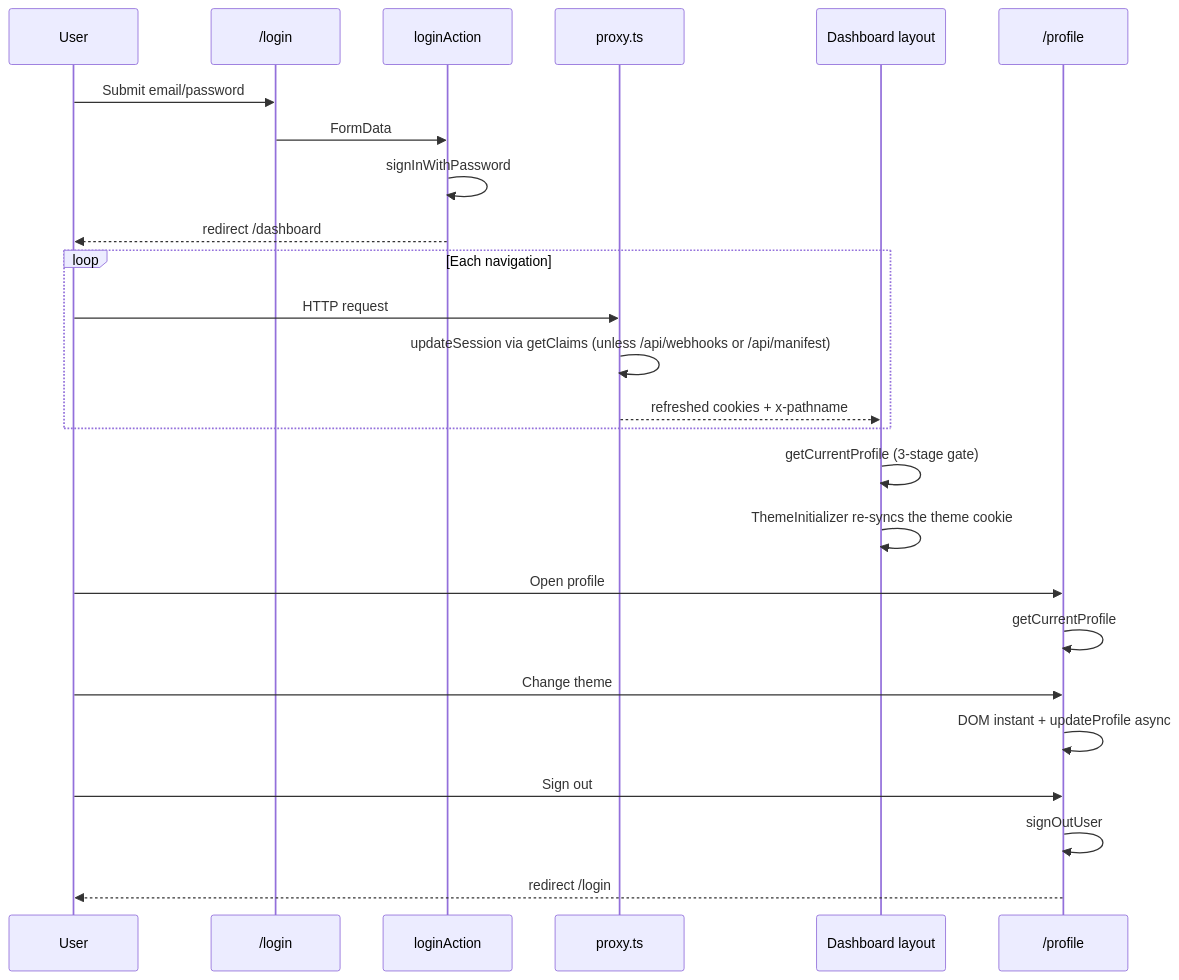
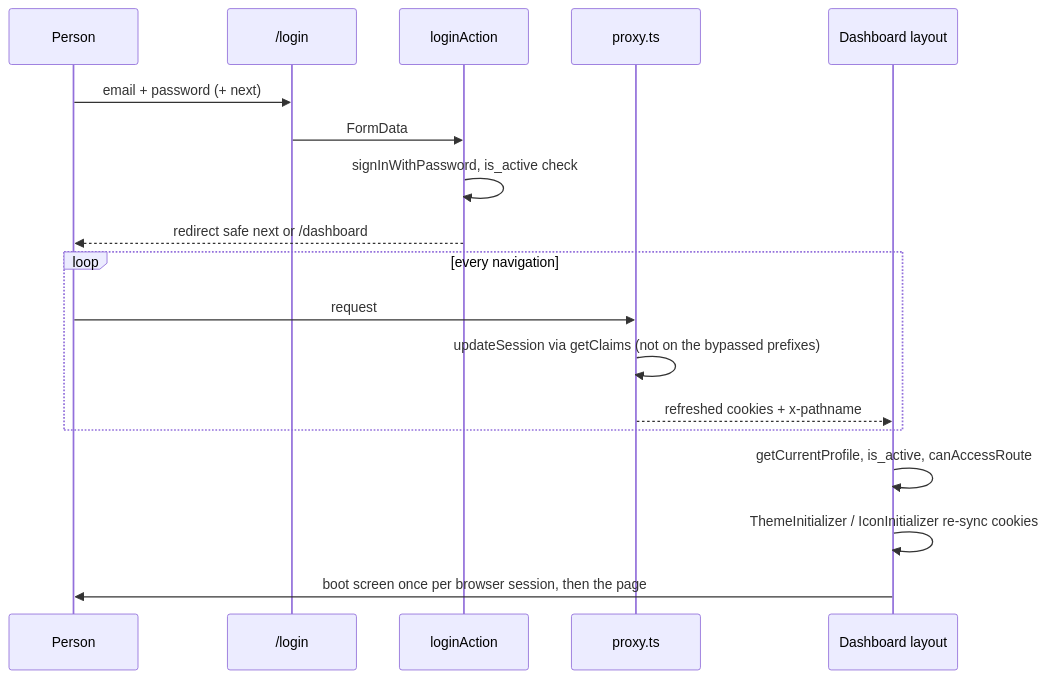
Before and after one commit to Indulge-Builder/serene: the diagram in docs/pages/auth.md, drawn with Mermaid. The commit also changed other lines of this file and 86 other files, not shown here.

````diff
--- a/docs/pages/auth.md
+++ b/docs/pages/auth.md
@@ -412,28 +267,20 @@
 ```mermaid
 sequenceDiagram
-  participant U as User
+  participant U as Person
   participant L as /login
   participant A as loginAction
   participant P as proxy.ts
   participant D as Dashboard layout
-  participant Pr as /profile
-
-  U->>L: Submit email/password
+  U->>L: email + password (+ next)
   L->>A: FormData
-  A->>A: signInWithPassword
-  A-->>U: redirect /dashboard
-  loop Each navigation
-    U->>P: HTTP request
-    P->>P: updateSession via getClaims (unless /api/webhooks or /api/manifest)
+  A->>A: signInWithPassword, is_active check
+  A-->>U: redirect safe next or /dashboard
+  loop every navigation
+    U->>P: request
+    P->>P: updateSession via getClaims (not on the bypassed prefixes)
     P-->>D: refreshed cookies + x-pathname
   end
-  D->>D: getCurrentProfile (3-stage gate)
-  D->>D: ThemeInitializer re-syncs the theme cookie
-  U->>Pr: Open profile
-  Pr->>Pr: getCurrentProfile
-  U->>Pr: Change theme
-  Pr->>Pr: DOM instant + updateProfile async
-  U->>Pr: Sign out
-  Pr->>Pr: signOutUser
-  Pr-->>U: redirect /login
+  D->>D: getCurrentProfile, is_active, canAccessRoute
+  D->>D: ThemeInitializer / IconInitializer re-sync cookies
+  D->>U: boot screen once per browser session, then the page
 ```
````
